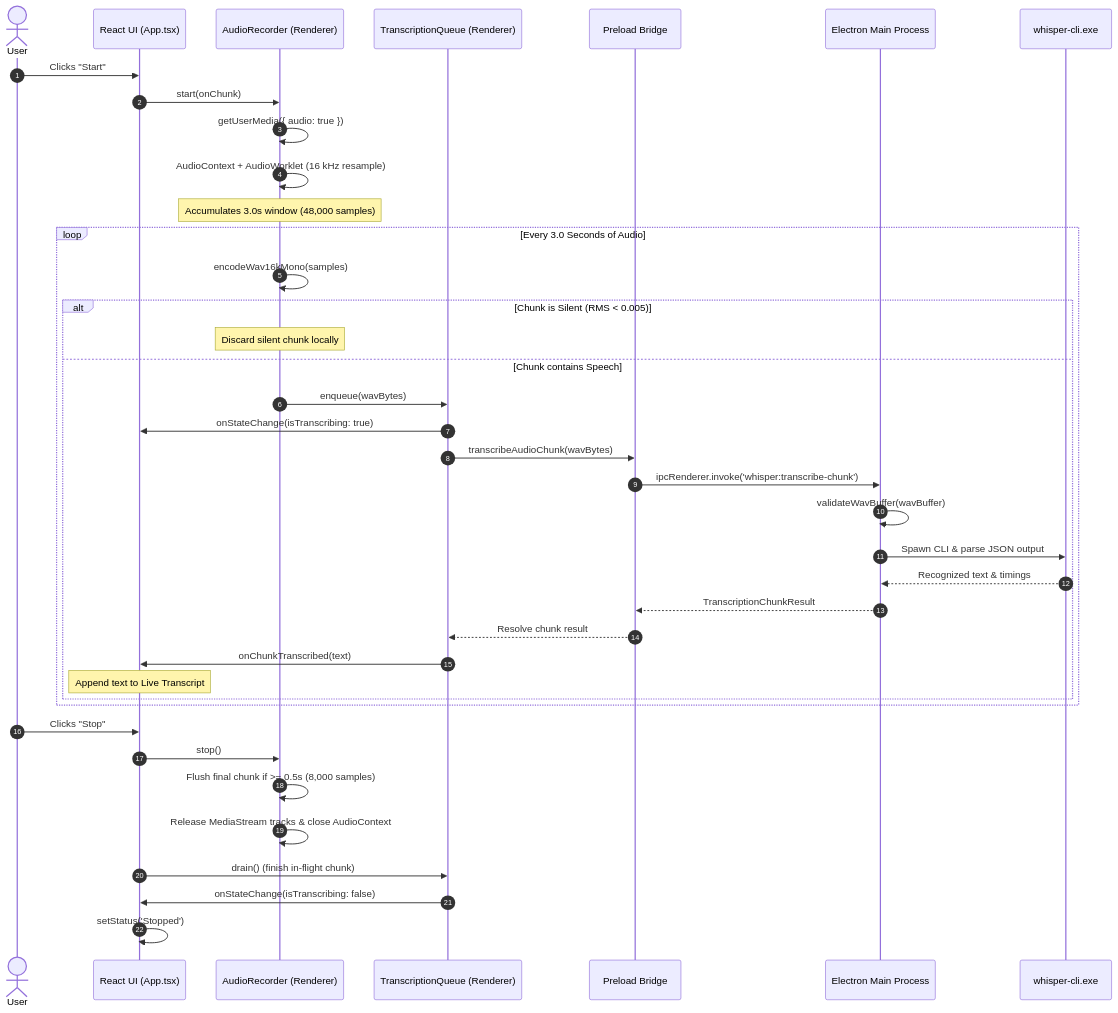
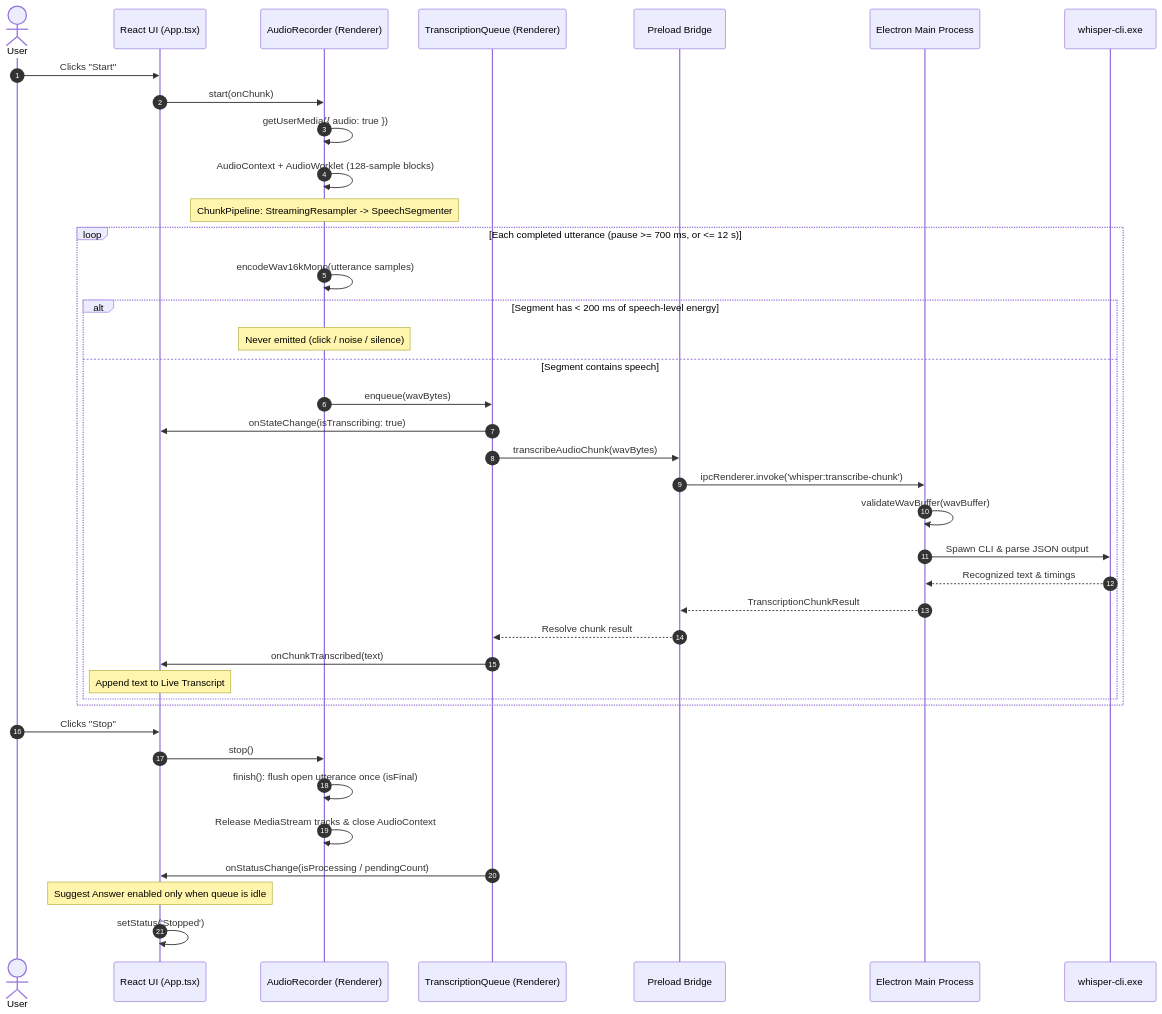
One commit to AbhiJeetSoni22/Local-AI-Conversation-Assistant changed the fourth of 4 diagrams in docs/ARCHITECTURE.md. Above: the diagram before and after it, drawn with Mermaid. The commit also changed other lines of this file and 28 other files, not shown here.

Commit message:
refactor: modularize audio pipeline, enhance electron services, and add diagnostics and documentation

````diff
--- a/docs/ARCHITECTURE.md
+++ b/docs/ARCHITECTURE.md
@@ -233,44 +235,44 @@
 ```mermaid
 sequenceDiagram
     autonumber
     actor User
     participant UI as React UI (App.tsx)
     participant Rec as AudioRecorder (Renderer)
     participant Queue as TranscriptionQueue (Renderer)
     participant Preload as Preload Bridge
     participant Main as Electron Main Process
     participant Whisper as whisper-cli.exe
 
     User->>UI: Clicks "Start"
     UI->>Rec: start(onChunk)
     Rec->>Rec: getUserMedia({ audio: true })
-    Rec->>Rec: AudioContext + AudioWorklet (16 kHz resample)
-    Note over Rec: Accumulates 3.0s window (48,000 samples)
+    Rec->>Rec: AudioContext + AudioWorklet (128-sample blocks)
+    Note over Rec: ChunkPipeline: StreamingResampler -> SpeechSegmenter
 
-    loop Every 3.0 Seconds of Audio
-        Rec->>Rec: encodeWav16kMono(samples)
-        alt Chunk is Silent (RMS < 0.005)
-            Note over Rec: Discard silent chunk locally
-        else Chunk contains Speech
+    loop Each completed utterance (pause >= 700 ms, or <= 12 s)
+        Rec->>Rec: encodeWav16kMono(utterance samples)
+        alt Segment has < 200 ms of speech-level energy
+            Note over Rec: Never emitted (click / noise / silence)
+        else Segment contains speech
             Rec->>Queue: enqueue(wavBytes)
             Queue->>UI: onStateChange(isTranscribing: true)
             Queue->>Preload: transcribeAudioChunk(wavBytes)
             Preload->>Main: ipcRenderer.invoke('whisper:transcribe-chunk')
             Main->>Main: validateWavBuffer(wavBuffer)
             Main->>Whisper: Spawn CLI & parse JSON output
             Whisper-->>Main: Recognized text & timings
             Main-->>Preload: TranscriptionChunkResult
             Preload-->>Queue: Resolve chunk result
             Queue->>UI: onChunkTranscribed(text)
             Note over UI: Append text to Live Transcript
         end
     end
 
     User->>UI: Clicks "Stop"
     UI->>Rec: stop()
-    Rec->>Rec: Flush final chunk if >= 0.5s (8,000 samples)
+    Rec->>Rec: finish(): flush open utterance once (isFinal)
     Rec->>Rec: Release MediaStream tracks & close AudioContext
-    UI->>Queue: drain() (finish in-flight chunk)
-    Queue->>UI: onStateChange(isTranscribing: false)
+    Queue->>UI: onStatusChange(isProcessing / pendingCount)
+    Note over UI: Suggest Answer enabled only when queue is idle
     UI->>UI: setStatus('Stopped')
 ```
````
